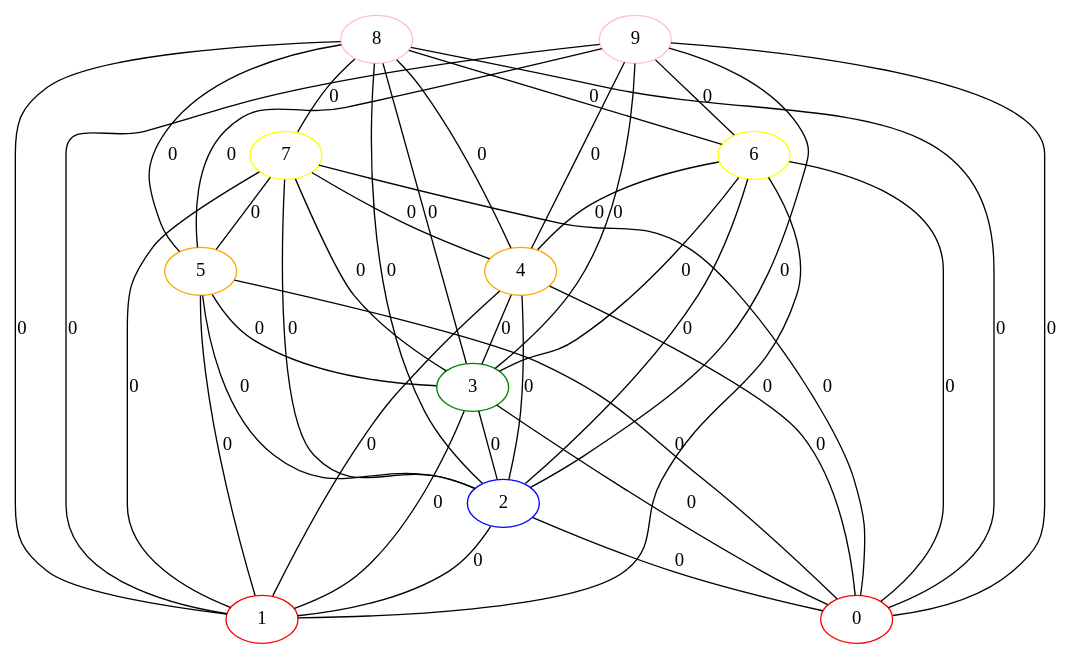
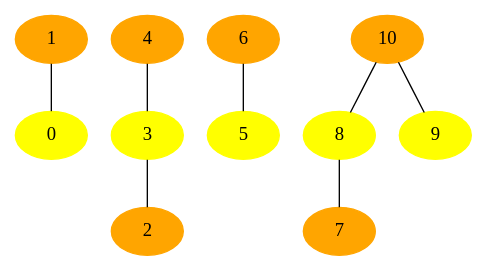
The diagram in examples/test.dot (acorrenson/mfc), drawn with Graphviz before and after one commit. The commit also changed 6 other files, not shown here.

```diff
--- a/examples/test.dot
+++ b/examples/test.dot
@@ -1,54 +1,20 @@
-graph G {
-  0 [color="red"];
-  1 [color="red"];
-  2 [color="blue"];
-  3 [color="green"];
-  4 [color="orange"];
-  5 [color="orange"];
-  6 [color="yellow"];
-  7 [color="yellow"];
-  8 [color="pink"];
-  9 [color="pink"];
-  
-  
-  2 -- 0 [label="0", ];
-  2 -- 1 [label="0", ];
-  3 -- 0 [label="0", ];
-  3 -- 1 [label="0", ];
-  3 -- 2 [label="0", ];
-  4 -- 0 [label="0", ];
-  4 -- 1 [label="0", ];
-  4 -- 2 [label="0", ];
-  4 -- 3 [label="0", ];
-  5 -- 0 [label="0", ];
-  5 -- 1 [label="0", ];
-  5 -- 2 [label="0", ];
-  5 -- 3 [label="0", ];
-  6 -- 0 [label="0", ];
-  6 -- 1 [label="0", ];
-  6 -- 2 [label="0", ];
-  6 -- 3 [label="0", ];
-  6 -- 4 [label="0", ];
-  7 -- 0 [label="0", ];
-  7 -- 1 [label="0", ];
-  7 -- 2 [label="0", ];
-  7 -- 3 [label="0", ];
-  7 -- 4 [label="0", ];
-  7 -- 5 [label="0", ];
-  8 -- 0 [label="0", ];
-  8 -- 1 [label="0", ];
-  8 -- 2 [label="0", ];
-  8 -- 3 [label="0", ];
-  8 -- 4 [label="0", ];
-  8 -- 5 [label="0", ];
-  8 -- 6 [label="0", ];
-  8 -- 7 [label="0", ];
-  9 -- 0 [label="0", ];
-  9 -- 1 [label="0", ];
-  9 -- 2 [label="0", ];
-  9 -- 3 [label="0", ];
-  9 -- 4 [label="0", ];
-  9 -- 5 [label="0", ];
-  9 -- 6 [label="0", ];
-  
-  }
+Graph {
+	0 [style="filled"; color="yellow"];
+	1 [style="filled"; color="orange"];
+	2 [style="filled"; color="orange"];
+	3 [style="filled"; color="yellow"];
+	4 [style="filled"; color="orange"];
+	5 [style="filled"; color="yellow"];
+	6 [style="filled"; color="orange"];
+	7 [style="filled"; color="orange"];
+	8 [style="filled"; color="yellow"];
+	9 [style="filled"; color="yellow"];
+	10 [style="filled"; color="orange"];
+	1 -- 0;
+	3 -- 2;
+	4 -- 3;
+	6 -- 5;
+	8 -- 7;
+	10 -- 8;
+	10 -- 9;
+}
```
